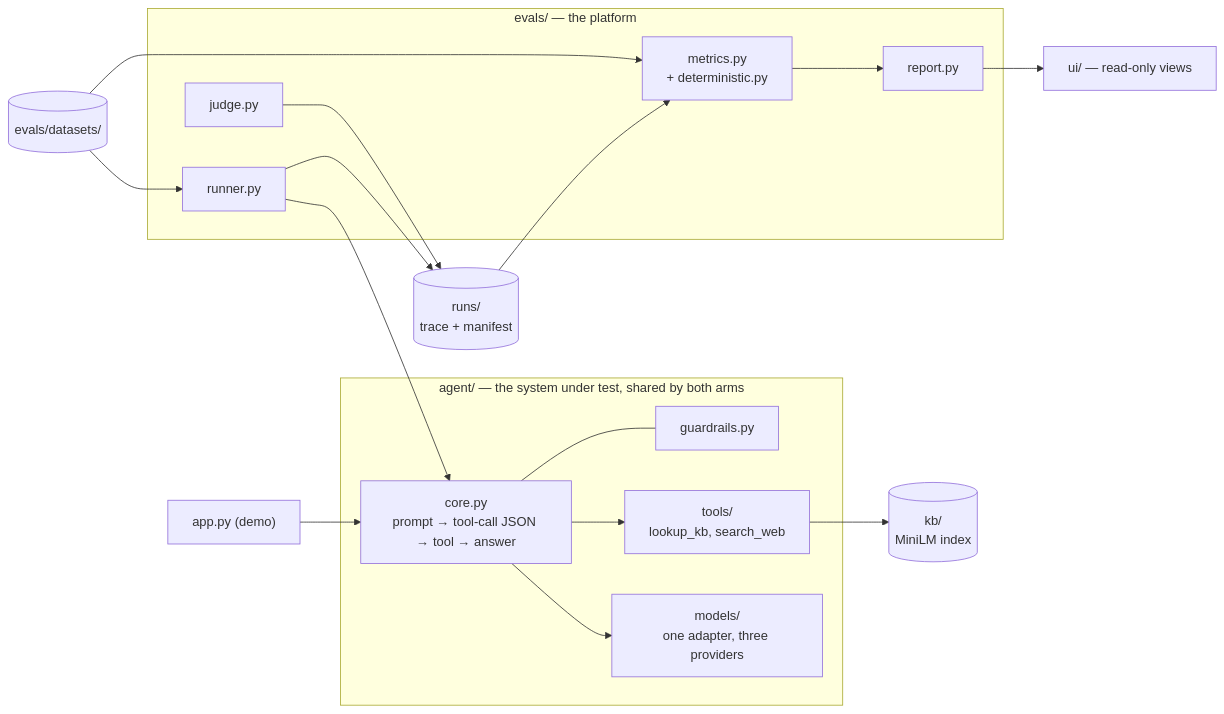
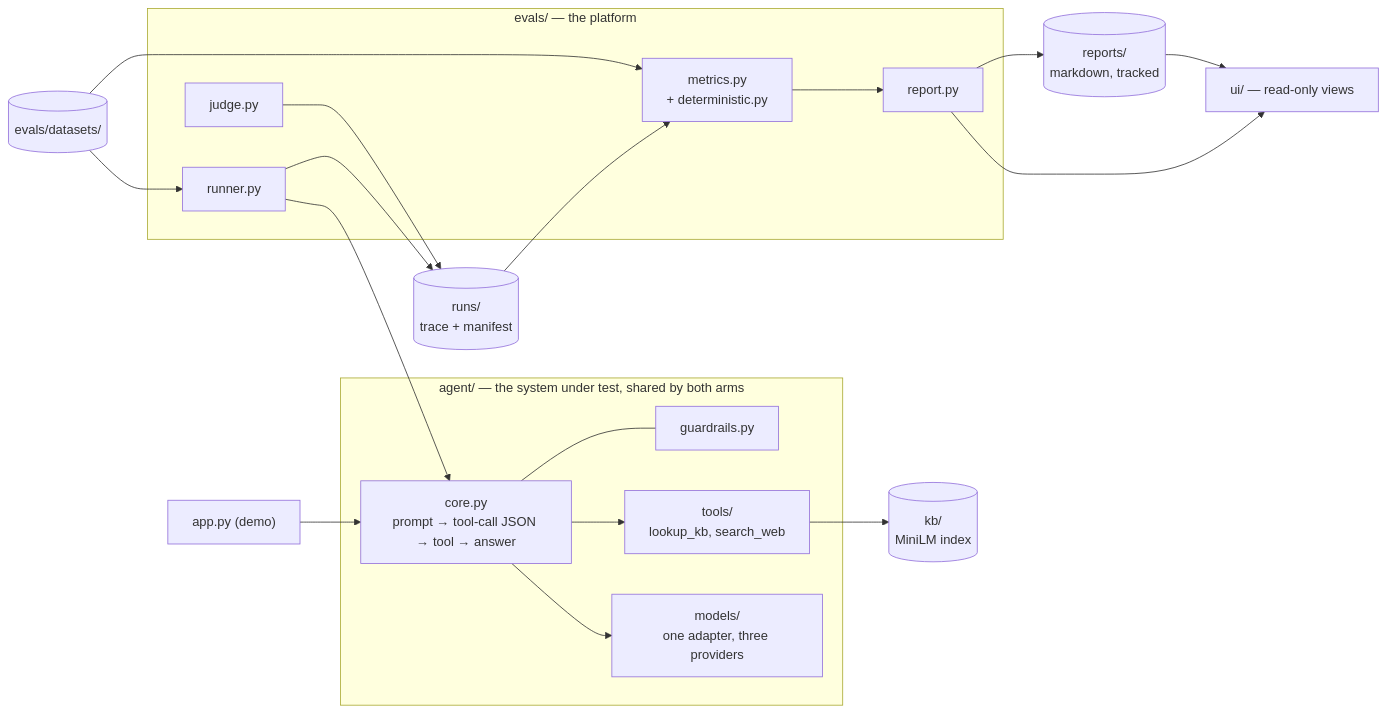
The diagram in README.md (Abhinav-sudo/agentseval), drawn with Mermaid before and after one commit. The commit also changed other lines of this file and 9 other files, not shown here.

````diff
--- a/README.md
+++ b/README.md
@@ -113,30 +127,32 @@
 ```mermaid
 flowchart LR
   subgraph agent["agent/ — the system under test, shared by both arms"]
     core["core.py<br/>prompt → tool-call JSON → tool → answer"]
     guard["guardrails.py"]
     tools["tools/<br/>lookup_kb, search_web"]
     models["models/<br/>one adapter, three providers"]
   end
   subgraph evals["evals/ — the platform"]
     runner["runner.py"]
     judge["judge.py"]
     metrics["metrics.py<br/>+ deterministic.py"]
     report["report.py"]
   end
   data[("evals/datasets/")]
   kb[("kb/<br/>MiniLM index")]
   runs[("runs/<br/>trace + manifest")]
+  reports[("reports/<br/>markdown, tracked")]
   ui["ui/ — read-only views"]
   app["app.py (demo)"]
 
   core --- guard
   core --> tools --> kb
   core --> models
   data --> runner --> core
   runner --> runs
   judge --> runs
   runs --> metrics --> report --> ui
+  report --> reports --> ui
   data --> metrics
   app --> core
 ```
````
